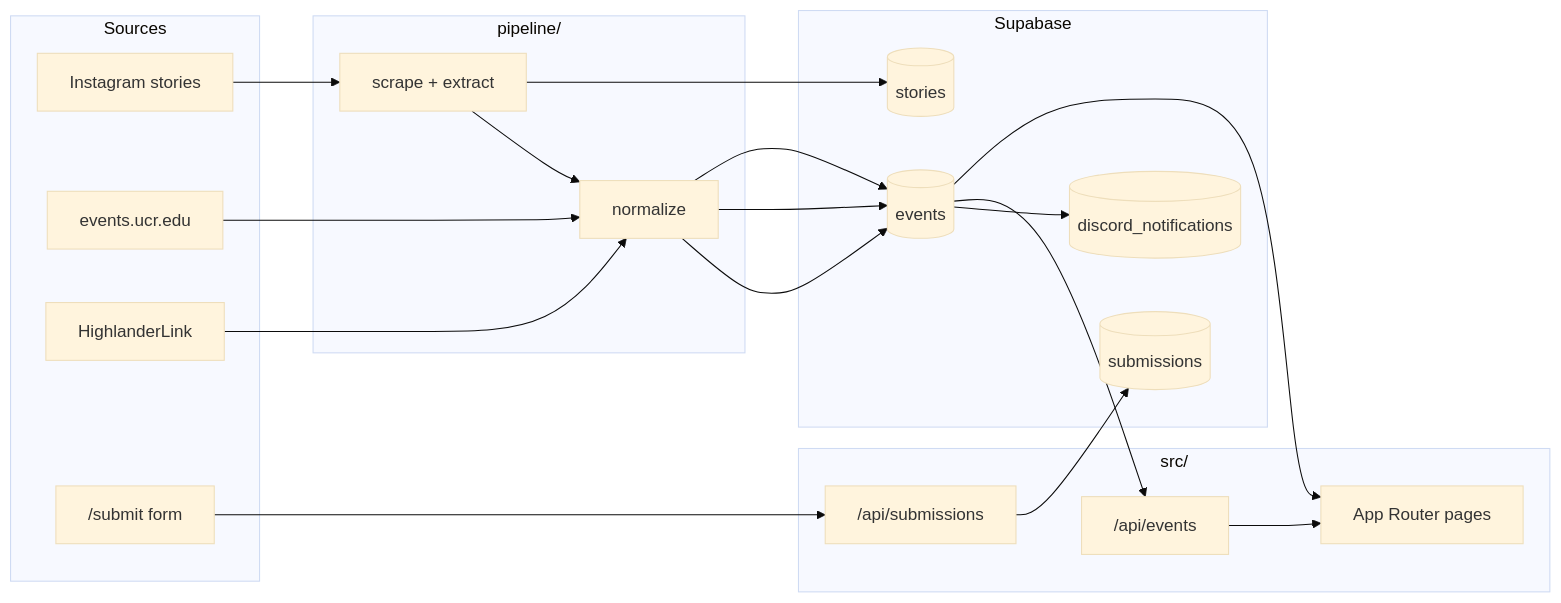
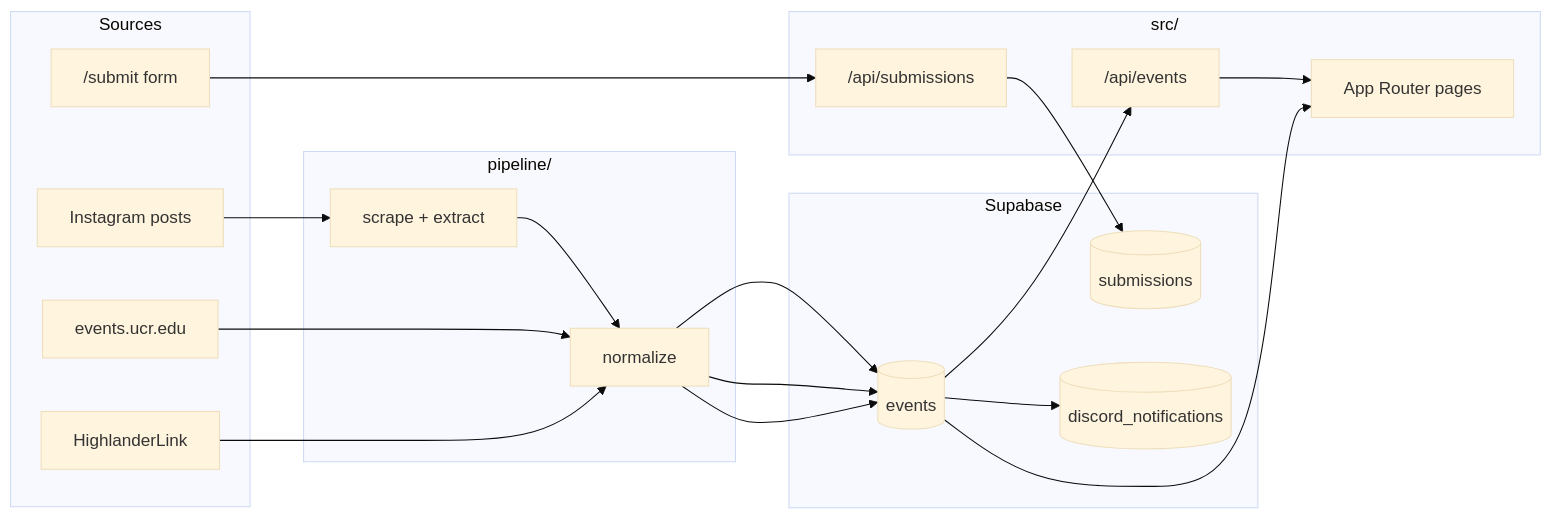
The diagram in docs/ARCHITECTURE.md (Highlander-Builders-Initiative/HighlanderHub), drawn with Mermaid (base theme) before and after one commit. The commit also changed 60 other files, not shown here.

First line of the commit message:
Drop Instagram stories pipeline support

````diff
--- a/docs/ARCHITECTURE.md
+++ b/docs/ARCHITECTURE.md
@@ -7,37 +7,35 @@
 ```mermaid
 flowchart LR
   subgraph sources [Sources]
-    IG[Instagram stories]
+    IG[Instagram posts]
     UCR[events.ucr.edu]
     HL[HighlanderLink]
     SUB["/submit form"]
   end
 
   subgraph pipeline [pipeline/]
     SCR[scrape + extract]
     NORM[normalize]
   end
 
   subgraph db [Supabase]
     EV[(events)]
-    ST[(stories)]
     SM[(submissions)]
     DN[(discord_notifications)]
   end
 
   subgraph app [src/]
     SUBAPI["/api/submissions"]
     API["/api/events"]
     UI["App Router pages"]
   end
 
   IG --> SCR --> NORM --> EV
   UCR --> NORM --> EV
   HL --> NORM --> EV
-  SCR --> ST
   SUB --> SUBAPI --> SM
   EV --> DN
 
   EV --> API --> UI
   EV --> UI
 ```
````
